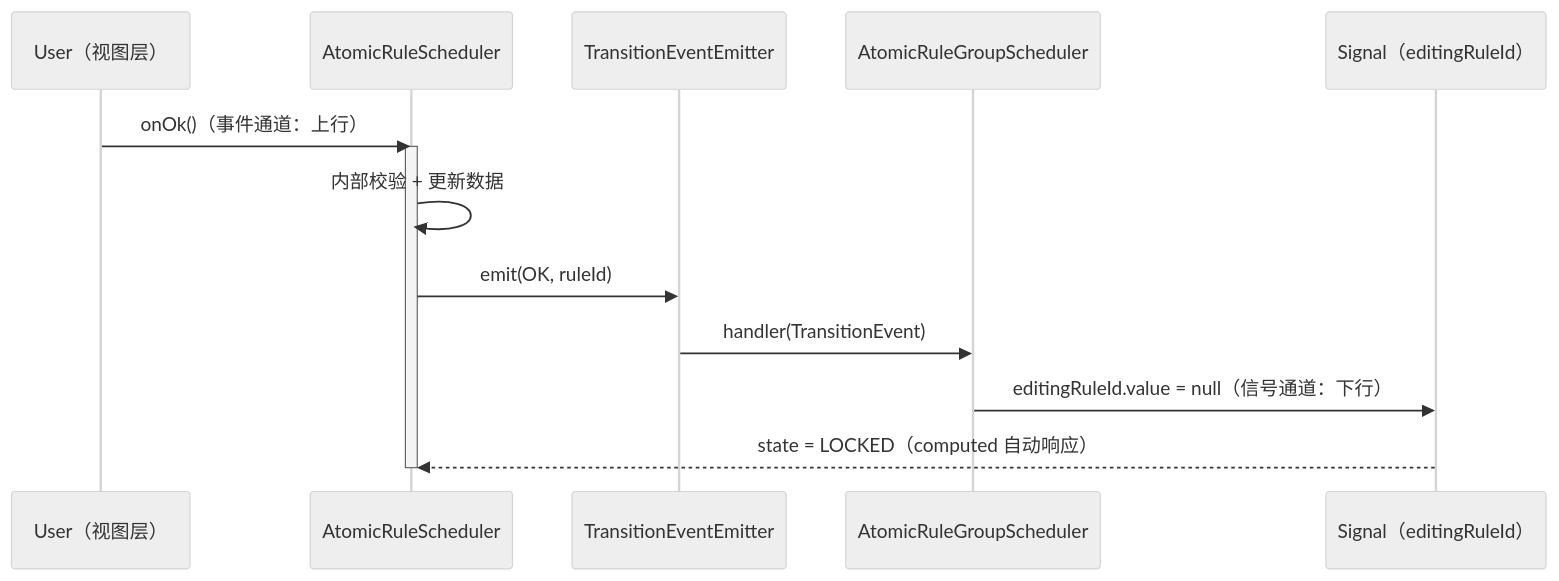
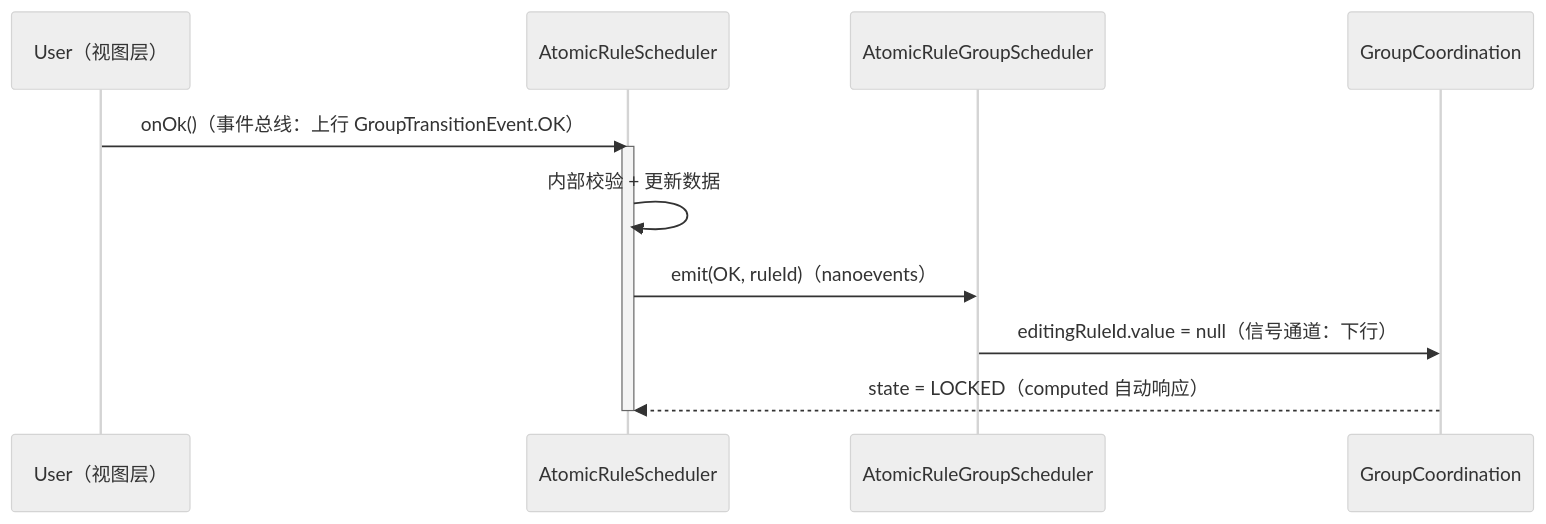
Before and after one commit to huang-xiao-jian/themis: the first of 4 diagrams in specs/core/application.md, drawn with Mermaid (neutral theme). The commit also changed other lines of this file and 3 other files, not shown here.

````diff
--- a/specs/core/application.md
+++ b/specs/core/application.md
@@ -104,17 +150,15 @@
 ```mermaid
 sequenceDiagram
   participant U as User（视图层）
   participant R as AtomicRuleScheduler
-  participant E as TransitionEventEmitter
   participant G as AtomicRuleGroupScheduler
-  participant S as Signal（editingRuleId）
+  participant GC as GroupCoordination
 
-  U->>R: onOk()（事件通道：上行）
+  U->>R: onOk()（事件总线：上行 GroupTransitionEvent.OK）
   activate R
   R->>R: 内部校验 + 更新数据
-  R->>E: emit(OK, ruleId)
-  E->>G: handler(TransitionEvent)
-  G->>S: editingRuleId.value = null（信号通道：下行）
-  S-->>R: state = LOCKED（computed 自动响应）
+  R->>G: emit(OK, ruleId)（nanoevents）
+  G->>GC: editingRuleId.value = null（信号通道：下行）
+  GC-->>R: state = LOCKED（computed 自动响应）
   deactivate R
 ```
````
